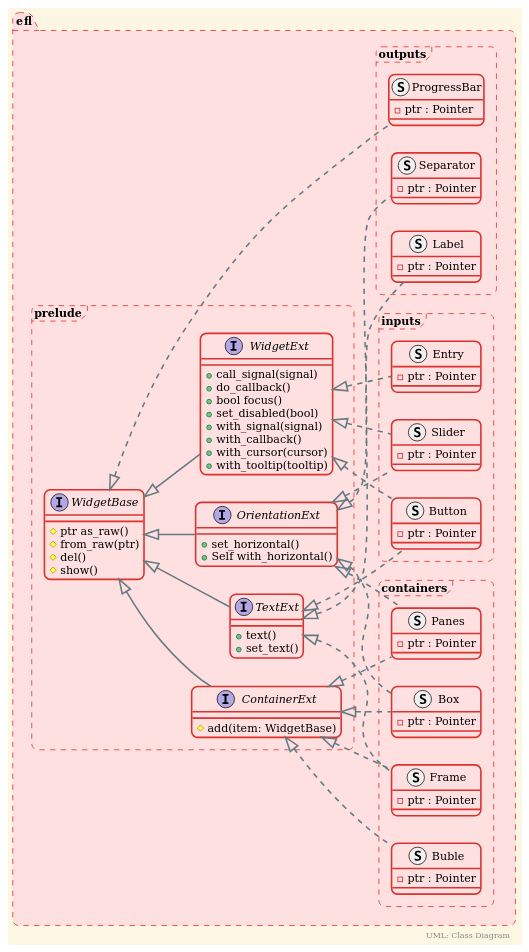
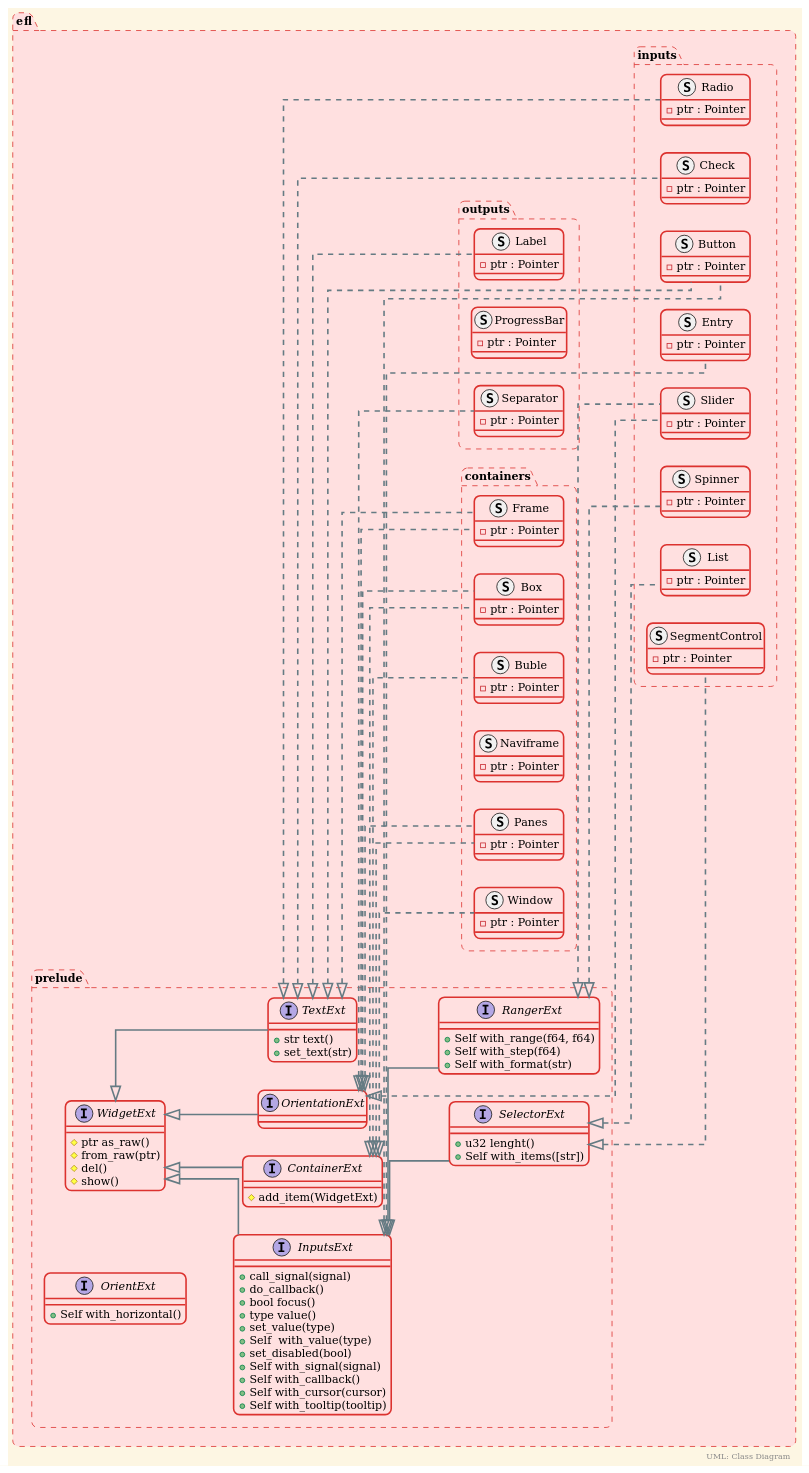
Before and after one commit to theavege/efl-rs: the diagram in README.md, drawn with PlantUML. The commit also changed 13 other files, not shown here.

````diff
--- a/README.md
+++ b/README.md
@@ -52,102 +52,144 @@
 ```plantuml
 @startuml
-
 !theme sunlust
-'skinparam linetype ortho
-
+skinparam linetype ortho
 right footer UML: Class Diagram
 left to right direction
-
-package "efl" <<package>> #line.dashed {
-    package containers <<Frame>> #line.dashed {
+package "efl" #line.dashed {
+    package containers #line.dashed {
         struct Box {
             -ptr : Pointer
         }
         struct Buble {
             -ptr : Pointer
         }
+        struct Frame {
+            -ptr : Pointer
+        }
+        struct Naviframe {
+            -ptr : Pointer
+        }
         struct Panes {
             -ptr : Pointer
         }
-        struct Frame {
+        struct Window {
             -ptr : Pointer
         }
     }
-    package outputs <<Frame>> #line.dashed {
-        struct Separator {
-            -ptr : Pointer
-        }
+    package outputs #line.dashed {
         struct Label {
             -ptr : Pointer
         }
         struct ProgressBar {
             -ptr : Pointer
         }
+        struct Separator {
+            -ptr : Pointer
+        }
     }
-    package inputs <<Frame>> #line.dashed {
-        struct Slider {
+    package inputs #line.dashed {
+        struct Button {
+            -ptr : Pointer
+        }
+        struct Check {
             -ptr : Pointer
         }
         struct Entry {
             -ptr : Pointer
         }
-        struct Button {
+        struct List {
+            -ptr : Pointer
+        }
+        struct Radio {
+            -ptr : Pointer
+        }
+        struct Slider {
+            -ptr : Pointer
+        }
+        struct Spinner {
+            -ptr : Pointer
+        }
+        struct SegmentControl {
             -ptr : Pointer
         }
     }
-    package prelude <<Frame>> #line.dashed {
-        interface OrientationExt {
-            +set_horizontal()
-            +Self with_horizontal()
-        }
-
-        interface ContainerExt {
-            #add(item: WidgetBase)
-        }
-
-        interface TextExt {
-            +text()
-            +set_text()
-        }
-
+    package prelude #line.dashed {
         interface WidgetExt {
-            +call_signal(signal)
-            +do_callback()
-            +bool focus()
-            +set_disabled(bool)
-            +with_signal(signal)
-            +with_callback()
-            +with_cursor(cursor)
-            +with_tooltip(tooltip)
-        }
-
-        interface WidgetBase {
             #ptr as_raw()
             #from_raw(ptr)
             #del()
             #show()
         }
-        interface WidgetExt extends WidgetBase
-        interface TextExt extends WidgetBase
-        interface OrientationExt extends WidgetBase
-        interface ContainerExt extends WidgetBase
+        interface TextExt {
+            +str text()
+            +set_text(str)
+        }
+        interface ContainerExt {
+            #add_item(WidgetExt)
+        }
+        interface OrientExt {
+            +Self with_horizontal()
+        }
+        interface InputsExt {
+            +call_signal(signal)
+            +do_callback()
+            +bool focus()
+            +type value()
+            +set_value(type)
+            +Self  with_value(type)
+            +set_disabled(bool)
+            +Self with_signal(signal)
+            +Self with_callback()
+            +Self with_cursor(cursor)
+            +Self with_tooltip(tooltip)
+        }
+        interface RangerExt {
+            +Self with_range(f64, f64)
+            +Self with_step(f64)
+            +Self with_format(str)
+        }
+        interface SelectorExt {
+            +u32 lenght()
+            +Self with_items([str])
+        }
+        interface OrientationExt extends WidgetExt
+        interface ContainerExt extends WidgetExt
+        interface TextExt extends WidgetExt
+        interface InputsExt extends WidgetExt
+        interface RangerExt extends InputsExt
+        interface SelectorExt extends InputsExt
     }
     struct outputs.Label implements prelude.TextExt
+
     struct outputs.Separator implements prelude.OrientationExt
-    struct outputs.ProgressBar implements prelude.WidgetBase
-    struct containers.Frame implements prelude.TextExt
+
     struct containers.Box implements prelude.OrientationExt
     struct containers.Box implements prelude.ContainerExt
-    struct containers.Frame implements prelude.ContainerExt
+
     struct containers.Buble implements prelude.ContainerExt
+
+    struct containers.Frame implements prelude.TextExt
+    struct containers.Frame implements prelude.OrientationExt
+
     struct containers.Panes implements prelude.ContainerExt
     struct containers.Panes implements prelude.OrientationExt
+
+    struct containers.Window implements prelude.ContainerExt
+
     struct inputs.Button implements prelude.TextExt
-    struct inputs.Button implements prelude.WidgetExt
-    struct inputs.Entry implements prelude.WidgetExt
-    struct inputs.Slider implements prelude.WidgetExt
+    struct inputs.Check implements prelude.TextExt
+    struct inputs.Radio implements prelude.TextExt
+    struct inputs.Button implements prelude.InputsExt
+
+    struct inputs.Entry implements prelude.InputsExt
+
+    struct inputs.Slider implements prelude.RangerExt
     struct inputs.Slider implements prelude.OrientationExt
+
+    struct inputs.Spinner implements prelude.RangerExt
+
+    struct inputs.List implements prelude.SelectorExt
+    struct inputs.SegmentControl implements prelude.SelectorExt
 }
-
 @enduml
 ```
````
